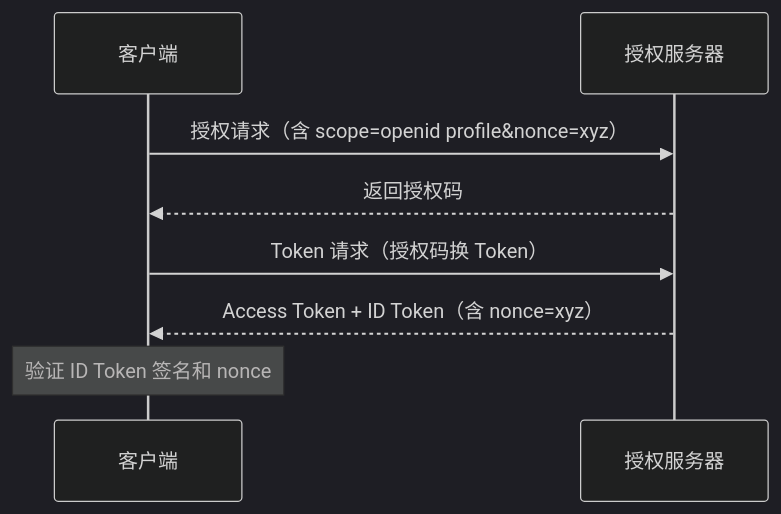
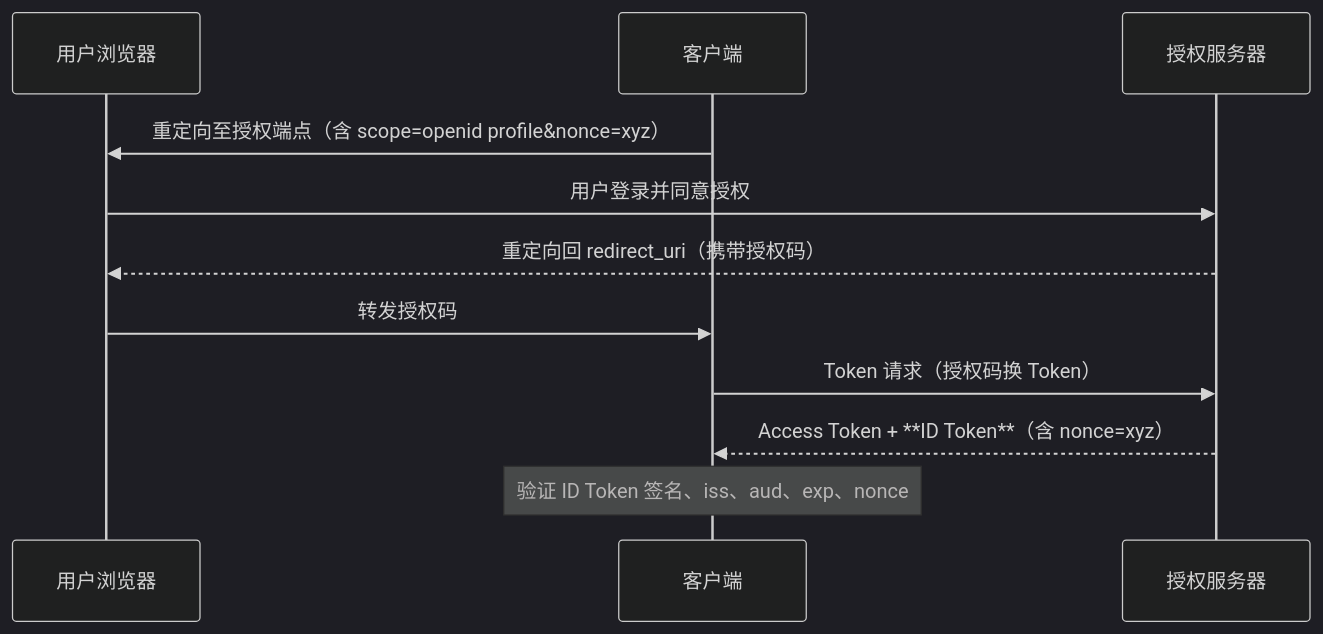
Before and after one commit to luguosong/programming-notes: the diagram in docs/topic/oauth/openid-connect/index.md, drawn with Mermaid (dark theme). The commit also changed other lines of this file, not shown here.

Commit message:
docs(oauth): 修复 OpenID Connect 文档——补充 aud 数组说明、REQUIRED 发现文档字段、HTTP 代码块标识符和完整 OIDC 流程图

````diff
--- a/docs/topic/oauth/openid-connect/index.md
+++ b/docs/topic/oauth/openid-connect/index.md
@@ -121,11 +122,14 @@
 ``` mermaid
 sequenceDiagram
+    participant 用户浏览器
     participant 客户端
     participant 授权服务器
 
-    客户端->>授权服务器: 授权请求（含 scope=openid profile&nonce=xyz）
-    授权服务器-->>客户端: 返回授权码
+    客户端->>用户浏览器: 重定向至授权端点（含 scope=openid profile&nonce=xyz）
+    用户浏览器->>授权服务器: 用户登录并同意授权
+    授权服务器-->>用户浏览器: 重定向回 redirect_uri（携带授权码）
+    用户浏览器->>客户端: 转发授权码
     客户端->>授权服务器: Token 请求（授权码换 Token）
-    授权服务器-->>客户端: Access Token + ID Token（含 nonce=xyz）
-    Note over 客户端: 验证 ID Token 签名和 nonce
+    授权服务器-->>客户端: Access Token + **ID Token**（含 nonce=xyz）
+    Note over 客户端: 验证 ID Token 签名、iss、aud、exp、nonce
 ```
````
